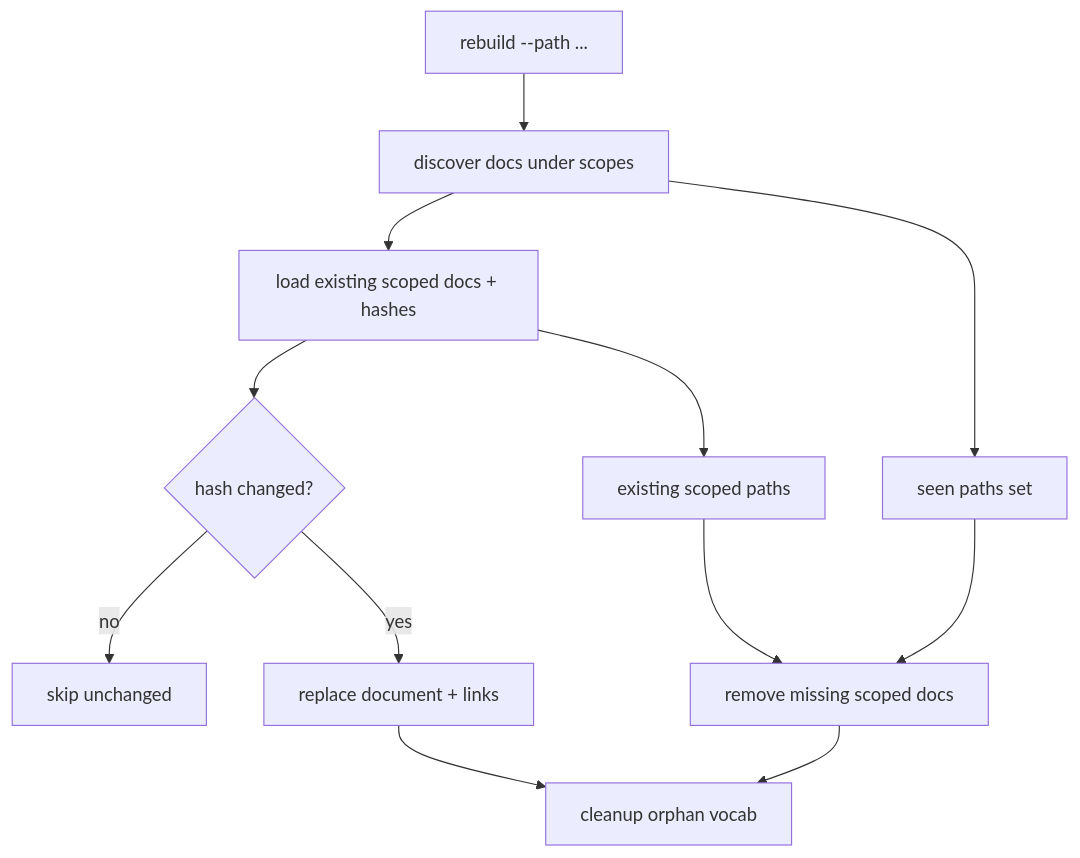
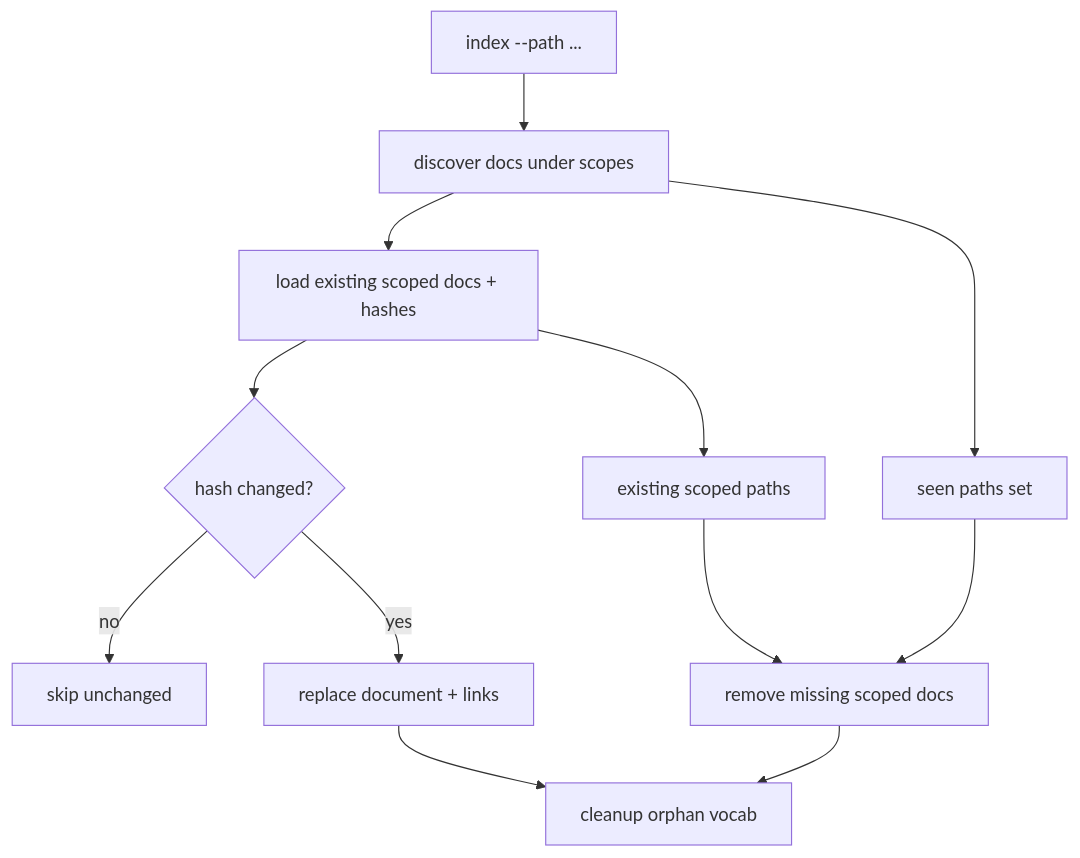
The fifth of 5 diagrams in doc/design.md (rawrobot/kbmeta), drawn with Mermaid before and after one commit. The commit also changed other lines of this file and 5 other files, not shown here.

````diff
--- a/doc/design.md
+++ b/doc/design.md
@@ -184,14 +216,14 @@
 ```mermaid
 flowchart TD
-  A[rebuild --path ...] --> B[discover docs under scopes]
+  A[index --path ...] --> B[discover docs under scopes]
   B --> C[load existing scoped docs + hashes]
   C --> D{hash changed?}
   D -- no --> E[skip unchanged]
   D -- yes --> F[replace document + links]
   B --> G[seen paths set]
   C --> H[existing scoped paths]
   G --> I[remove missing scoped docs]
   H --> I
   F --> J[cleanup orphan vocab]
   I --> J
 ```
````
